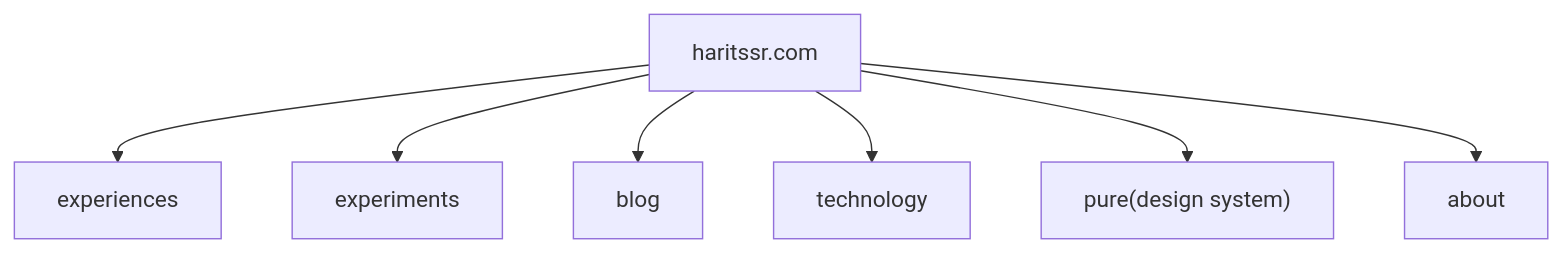
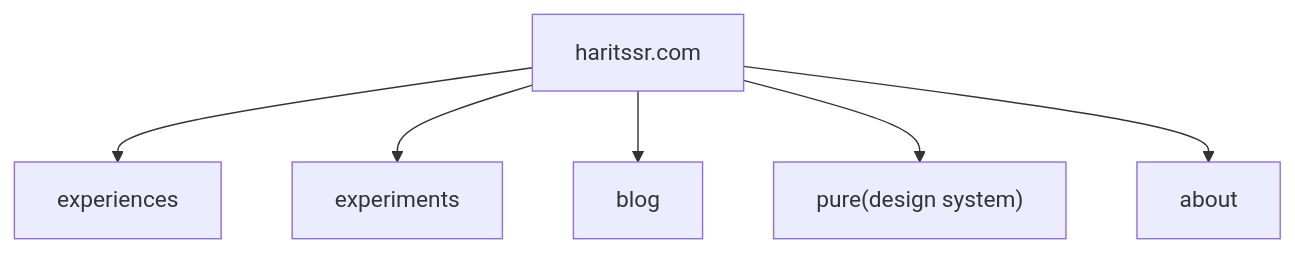
Before and after one commit to haritssr/haritssr: the diagram in README.md, drawn with Mermaid. The commit also changed other lines of this file, not shown here.

````diff
--- a/README.md
+++ b/README.md
@@ -12,10 +11,9 @@
 ```mermaid
 graph TD
   haritssr["haritssr.com"]
   haritssr --> experiences["experiences"]
   haritssr --> experiments["experiments"]
   haritssr --> blog["blog"]
-  haritssr --> technology["technology"]
   haritssr --> pure["pure(design system)"]
   haritssr --> about["about"]
 ```
````
